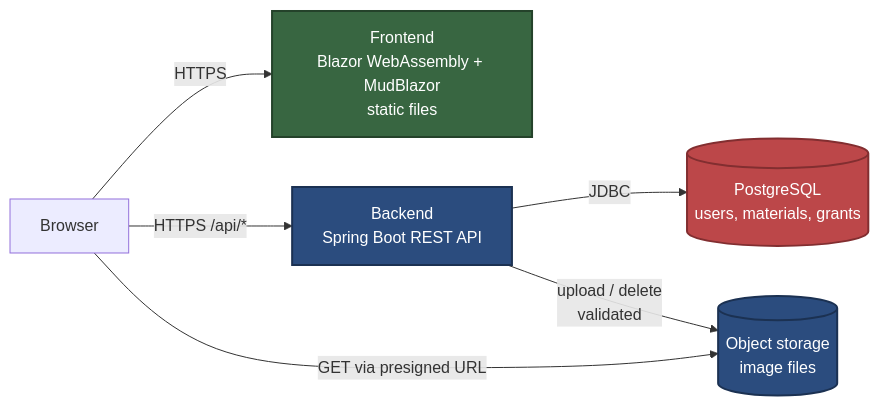
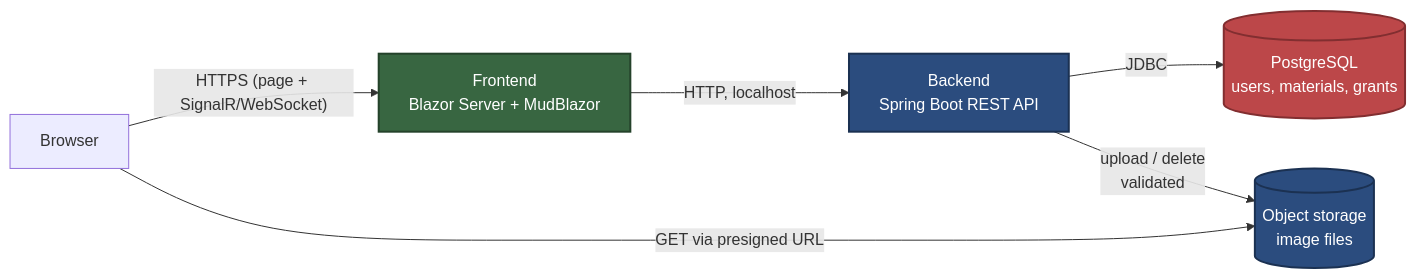
Before and after one commit to CitizensAlias/mini-moodle-aws: the first of 3 diagrams in readme.md, drawn with Mermaid. The commit also changed other lines of this file, not shown here.

Commit message:
updated README because of architecture changes: switch to Blazor Server, new frontend-backend communication.

````diff
--- a/readme.md
+++ b/readme.md
@@ -34,15 +34,15 @@
 ```mermaid
 flowchart LR
-    U[Browser] -->|HTTPS| FE[Frontend<br/>Blazor WebAssembly + MudBlazor<br/>static files]
-    U -->|HTTPS /api/*| BE[Backend<br/>Spring Boot REST API]
+    U[Browser] -->|"HTTPS (page + SignalR/WebSocket)"| FE[Frontend<br/>Blazor Server + MudBlazor]
+    FE -->|"HTTP, localhost"| BE[Backend<br/>Spring Boot REST API]
     BE -->|JDBC| DB[(PostgreSQL<br/>users, materials, grants)]
     BE -->|upload / delete<br/>validated| FS[(Object storage<br/>image files)]
     U -->|GET via presigned URL| FS
 
     classDef frontend fill:#386641,color:#fff,stroke:#24422a,stroke-width:2px
-classDef backend fill:#2b4c7e,color:#fff,stroke:#1b3152,stroke-width:2px
-classDef database fill:#bc4749,color:#fff,stroke:#822e30,stroke-width:2px
+    classDef backend fill:#2b4c7e,color:#fff,stroke:#1b3152,stroke-width:2px
+    classDef database fill:#bc4749,color:#fff,stroke:#822e30,stroke-width:2px
     class FE frontend
     class BE,FS backend
     class DB database
 ```
````
